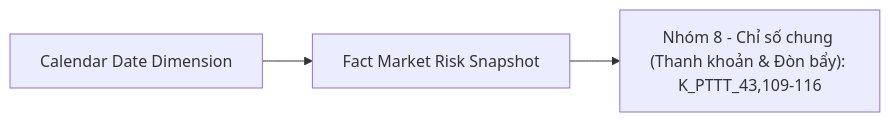
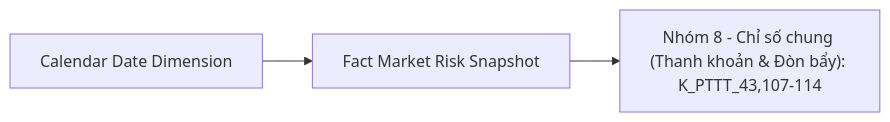
Diagram 24 of 53 in Datamart/hld/DTM_PTTT_HLD.md (linhlvit/ubck_atomic_design), drawn with Mermaid before and after one commit. The commit also changed other lines of this file and 21 other files, not shown here.

````diff
--- a/Datamart/hld/DTM_PTTT_HLD.md
+++ b/Datamart/hld/DTM_PTTT_HLD.md
@@ -1261,8 +1261,8 @@
 ```mermaid
 flowchart LR
     fct_market_risk_snpst["Fact Market Risk Snapshot"]
     cdr_dt_dim["Calendar Date Dimension"]
-    rpt_nhom8["Nhóm 8 - Chỉ số chung (Thanh khoản & Đòn bẩy): K_PTTT_43,109-116"]
+    rpt_nhom8["Nhóm 8 - Chỉ số chung (Thanh khoản & Đòn bẩy): K_PTTT_43,107-114"]
     cdr_dt_dim --> fct_market_risk_snpst
     fct_market_risk_snpst --> rpt_nhom8
 ```
````
